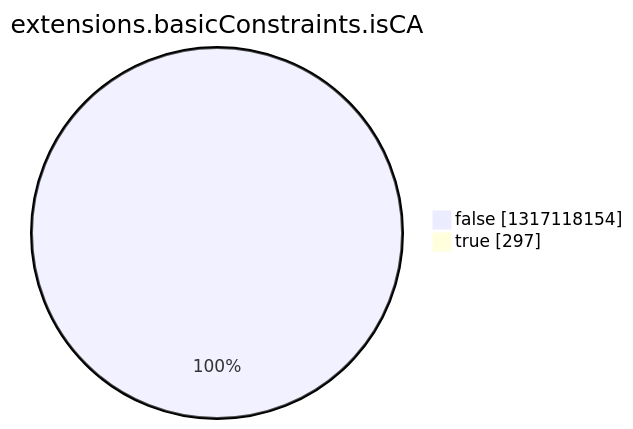
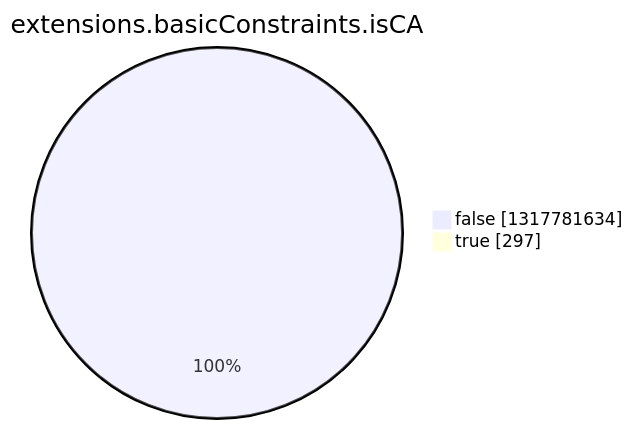
Before and after one commit to christiankrug/ctmonitor_visualization: the eighth of 15 diagrams in argon2022/README.md, drawn with Mermaid. The commit also changed other lines of this file, not shown here.

````diff
--- a/argon2022/README.md
+++ b/argon2022/README.md
@@ -2758,6 +2758,6 @@
 ```mermaid
 pie showData
 title extensions.basicConstraints.isCA
-"false" :1317118154
+"false" :1317781634
 "true" :297
 ```
````
